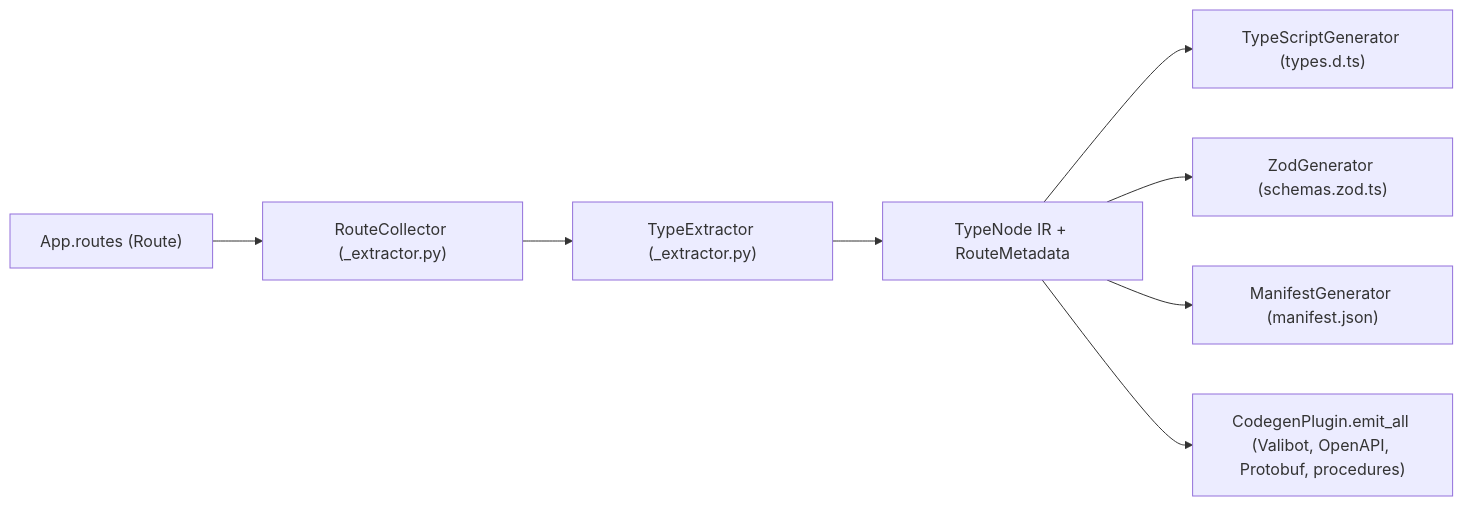
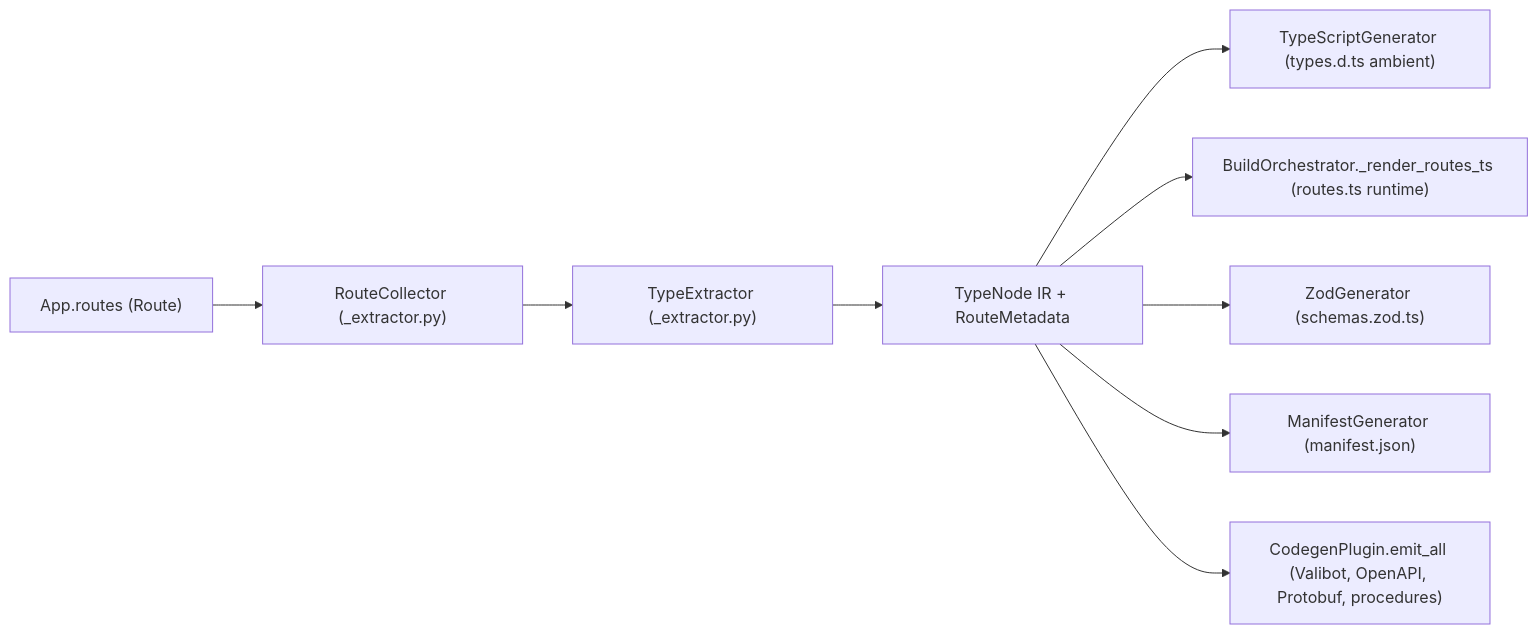
One commit to cofin/vertebra changed the diagram in .agents/bundles/knowledge/architecture/frontend/codegen-and-inertia.md. Above: the diagram before and after it, drawn with Mermaid. The commit also changed other lines of this file and 738 other files, not shown here.

````diff
--- a/.agents/bundles/knowledge/architecture/frontend/codegen-and-inertia.md
+++ b/.agents/bundles/knowledge/architecture/frontend/codegen-and-inertia.md
@@ -73,10 +86,11 @@
 ```mermaid
 flowchart LR
     App["App.routes (Route)"] --> Collector["RouteCollector (_extractor.py)"]
     Collector --> Extractor["TypeExtractor (_extractor.py)"]
     Extractor --> IR["TypeNode IR + RouteMetadata"]
-    IR --> TS["TypeScriptGenerator (types.d.ts)"]
+    IR --> TS["TypeScriptGenerator (types.d.ts ambient)"]
+    IR --> Routes["BuildOrchestrator._render_routes_ts (routes.ts runtime)"]
     IR --> Zod["ZodGenerator (schemas.zod.ts)"]
     IR --> Man["ManifestGenerator (manifest.json)"]
     IR --> Plugin["CodegenPlugin.emit_all (Valibot, OpenAPI, Protobuf, procedures)"]
 ```
````
